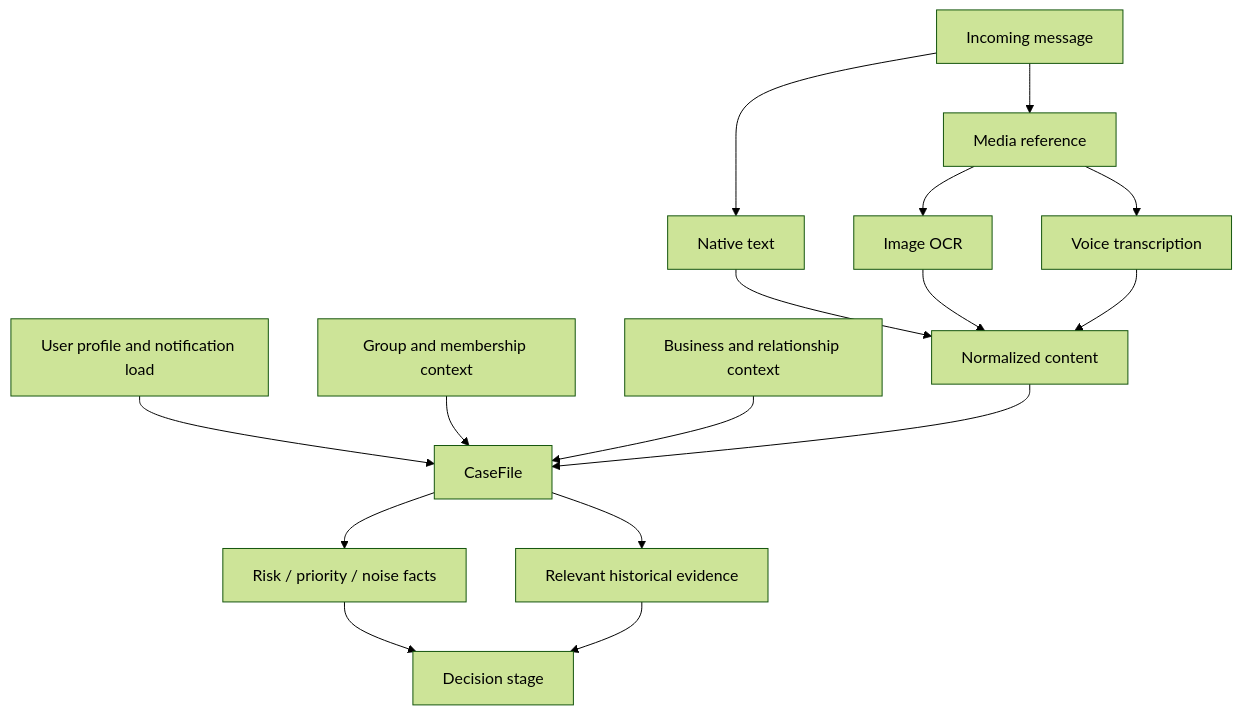
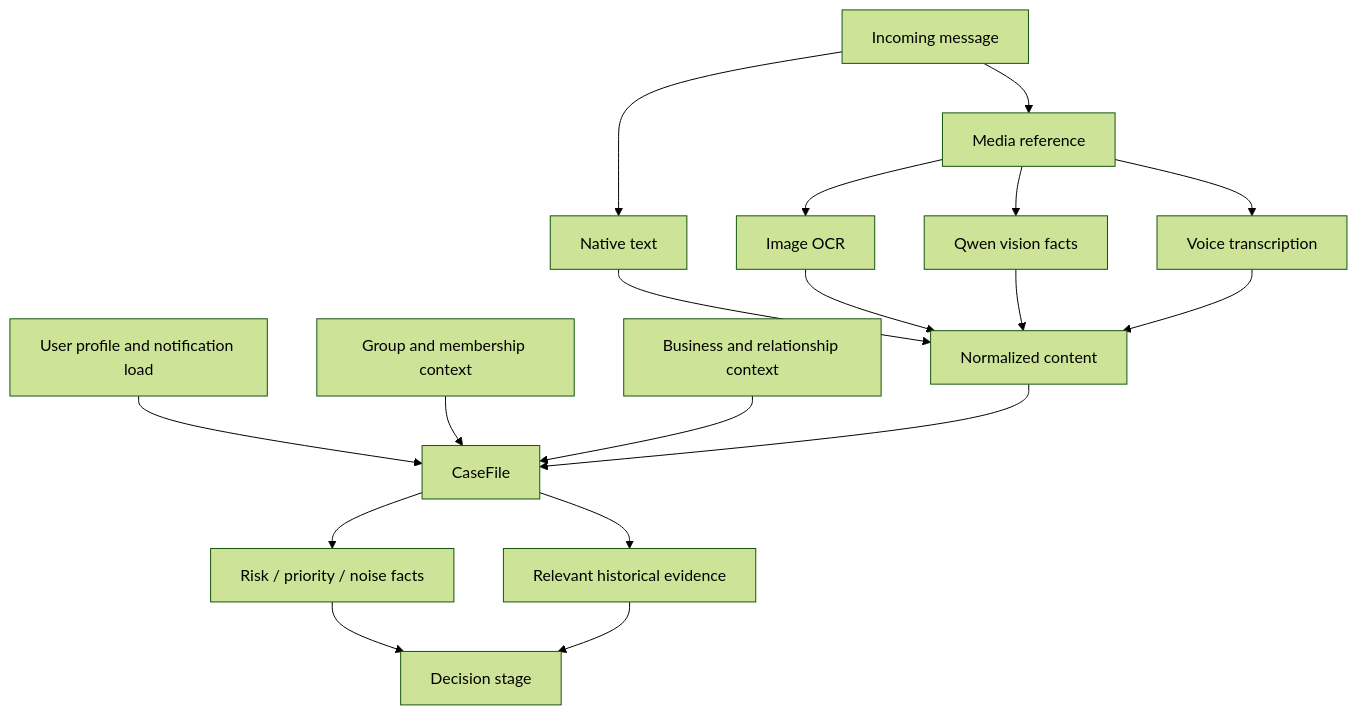
Before and after one commit to shiva-reddy-1001/whatsapp-notification-router: the second of 7 diagrams in ARCHITECTURE.md, drawn with Mermaid (forest theme). The commit also changed other lines of this file and 20 other files, not shown here.

````diff
--- a/ARCHITECTURE.md
+++ b/ARCHITECTURE.md
@@ -54,18 +61,20 @@
 ```mermaid
 flowchart TD
     M["Incoming message"] --> T["Native text"]
     M --> X["Media reference"]
     X --> O["Image OCR"]
+    X --> Q["Qwen vision facts"]
     X --> V["Voice transcription"]
     T --> C["Normalized content"]
     O --> C
+    Q --> C
     V --> C
     U["User profile and notification load"] --> CF["CaseFile"]
     G["Group and membership context"] --> CF
     B["Business and relationship context"] --> CF
     C --> CF
     CF --> F["Risk / priority / noise facts"]
     CF --> R["Relevant historical evidence"]
     F --> D["Decision stage"]
     R --> D
 ```
````
